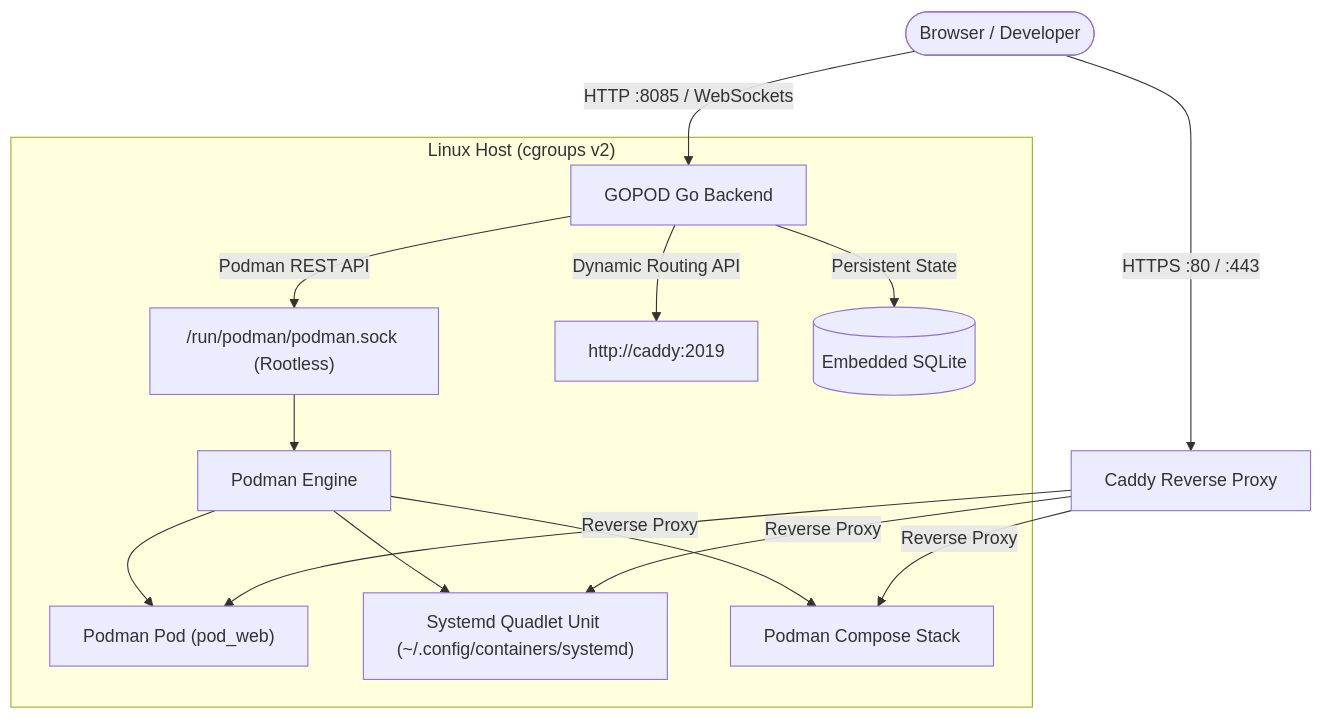
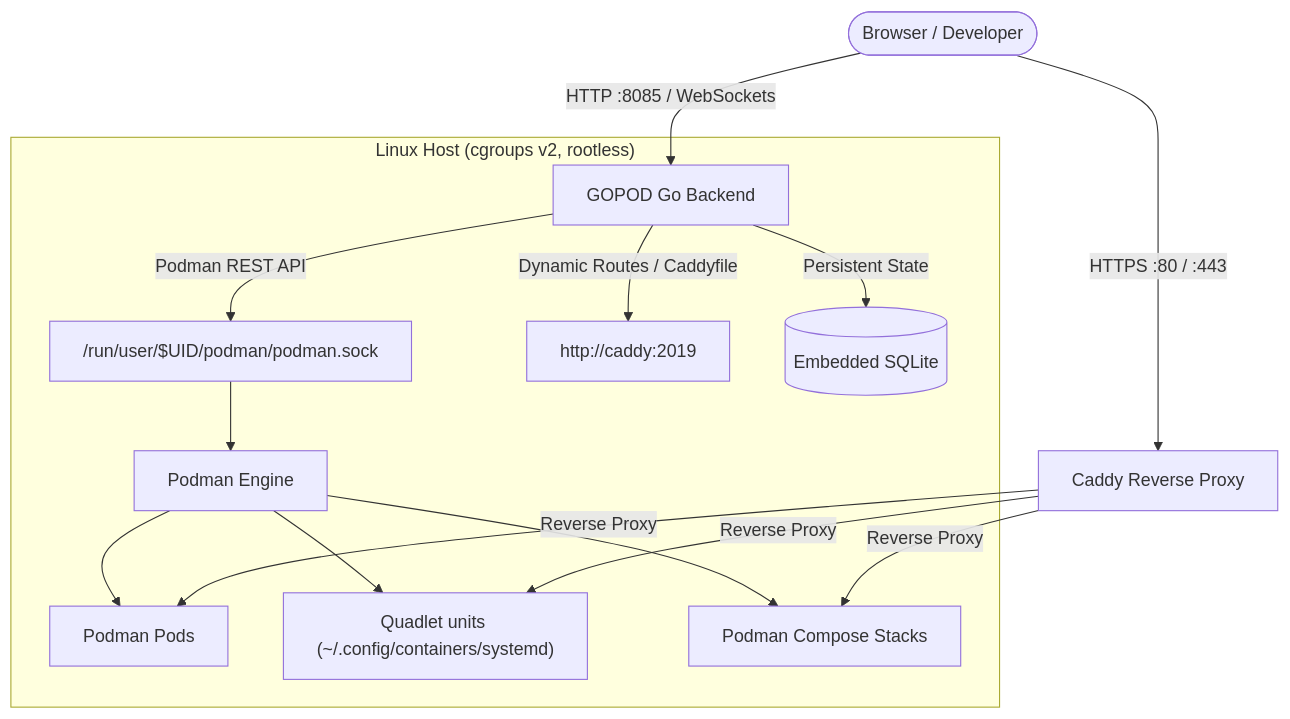
Before and after one commit to Ijon6k/gopod: the diagram in README.md, drawn with Mermaid. The commit also changed other lines of this file, not shown here.

````diff
--- a/README.md
+++ b/README.md
@@ -33,20 +109,20 @@
 ```mermaid
 graph TD
     User([Browser / Developer]) -->|HTTPS :80 / :443| Caddy[Caddy Reverse Proxy]
     User -->|HTTP :8085 / WebSockets| GoBackend[GOPOD Go Backend]
-    
-    subgraph Host["Linux Host (cgroups v2)"]
-        GoBackend -->|Podman REST API| PodmanSocket["/run/podman/podman.sock (Rootless)"]
-        GoBackend -->|Dynamic Routing API| CaddyAPI["http://caddy:2019"]
+
+    subgraph Host["Linux Host (cgroups v2, rootless)"]
+        GoBackend -->|Podman REST API| PodmanSocket["/run/user/$UID/podman/podman.sock"]
+        GoBackend -->|Dynamic Routes / Caddyfile| CaddyAPI["http://caddy:2019"]
         GoBackend -->|Persistent State| SQLite[(Embedded SQLite)]
-        
+
         PodmanSocket --> PodmanEngine[Podman Engine]
-        PodmanEngine --> Pod1["Podman Pod (pod_web)"]
-        PodmanEngine --> Quadlet["Systemd Quadlet Unit (~/.config/containers/systemd)"]
-        PodmanEngine --> Compose["Podman Compose Stack"]
+        PodmanEngine --> Pod1[Podman Pods]
+        PodmanEngine --> Quadlet["Quadlet units (~/.config/containers/systemd)"]
+        PodmanEngine --> Compose[Podman Compose Stacks]
     end
-    
+
     Caddy -->|Reverse Proxy| Pod1
     Caddy -->|Reverse Proxy| Quadlet
     Caddy -->|Reverse Proxy| Compose
 ```
````
